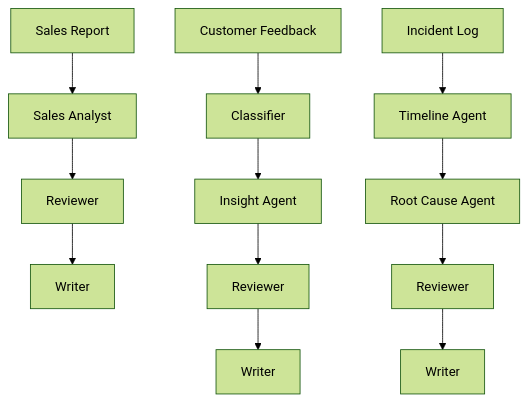
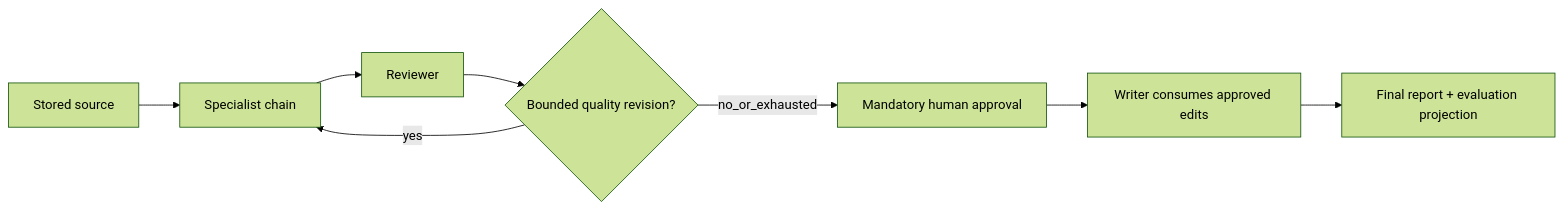
One commit to christiankfoury/agentops-workflow-platform changed the diagram in docs/AGENTS.md. Above: the diagram before and after it, drawn with Mermaid (forest theme). The commit also changed other lines of this file and 27 other files, not shown here.

First line of the commit message:
docs: reconcile durable platform architecture and evidence

````diff
--- a/docs/AGENTS.md
+++ b/docs/AGENTS.md
@@ -24,16 +27,10 @@
 ```mermaid
-flowchart TD
-    Sales["Sales Report"] --> SalesAnalyst["Sales Analyst"]
-    SalesAnalyst --> SalesReviewer["Reviewer"]
-    SalesReviewer --> SalesWriter["Writer"]
-
-    Feedback["Customer Feedback"] --> Classifier["Classifier"]
-    Classifier --> Insight["Insight Agent"]
-    Insight --> FeedbackReviewer["Reviewer"]
-    FeedbackReviewer --> FeedbackWriter["Writer"]
-
-    Incident["Incident Log"] --> Timeline["Timeline Agent"]
-    Timeline --> RootCause["Root Cause Agent"]
-    RootCause --> IncidentReviewer["Reviewer"]
-    IncidentReviewer --> IncidentWriter["Writer"]
+flowchart LR
+    Source["Stored source"] --> Specialist["Specialist chain"]
+    Specialist --> Reviewer["Reviewer"]
+    Reviewer --> Revision{"Bounded quality revision?"}
+    Revision -- yes --> Specialist
+    Revision -- no_or_exhausted --> Human["Mandatory human approval"]
+    Human --> Writer["Writer consumes approved edits"]
+    Writer --> Output["Final report + evaluation projection"]
 ```
````
